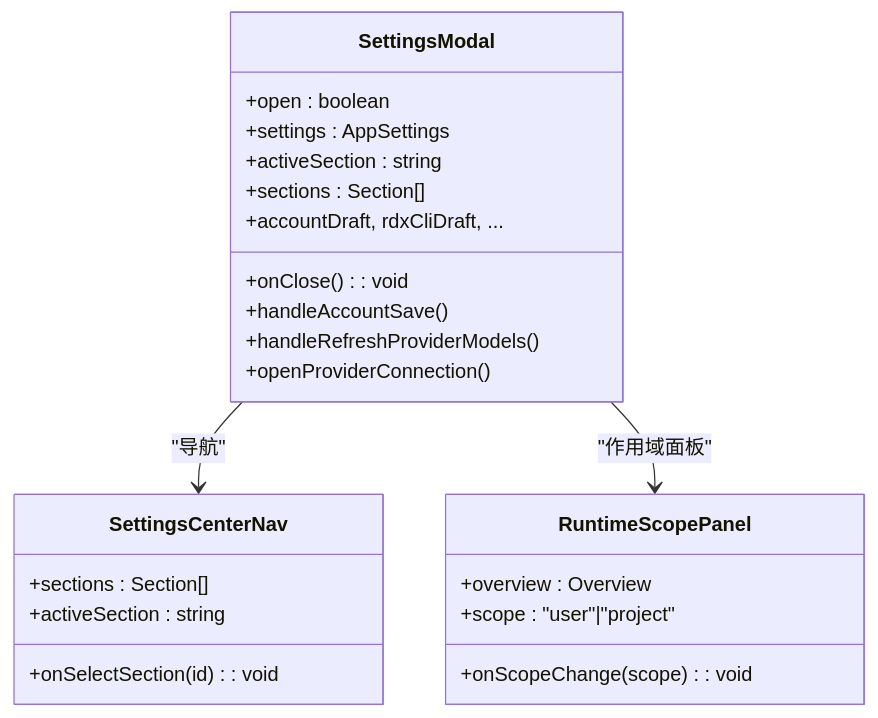
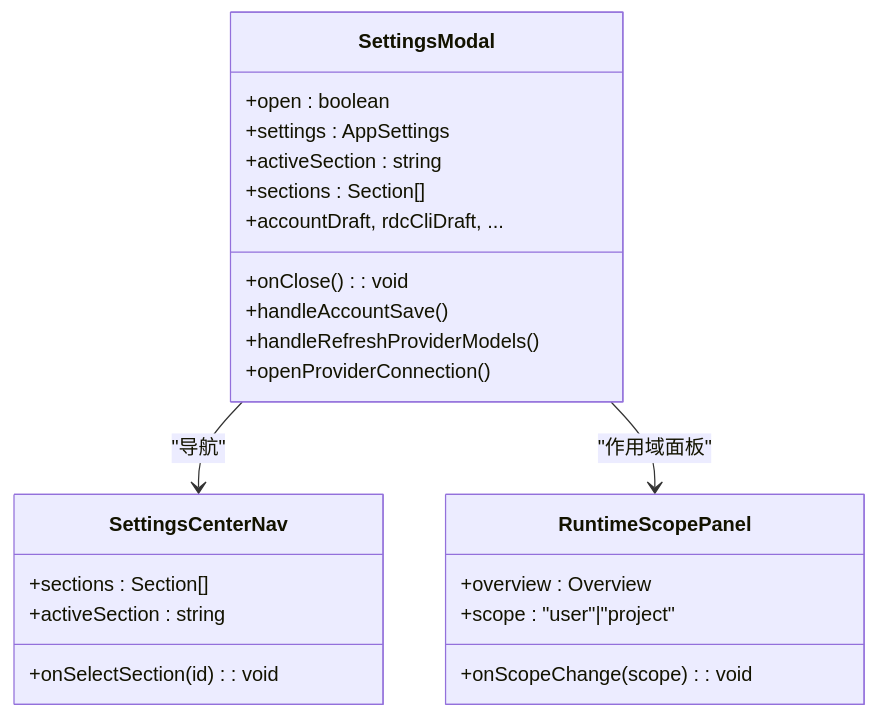
Before and after one commit to haolange/RDC-Agent: the fourth of 7 diagrams in .qoder/repowiki/zh/content/用户界面/用户界面.md, drawn with Mermaid. The commit also changed 557 other files, not shown here.

````diff
--- a/.qoder/repowiki/zh/content/用户界面/用户界面.md
+++ b/.qoder/repowiki/zh/content/用户界面/用户界面.md
@@ -192,26 +192,26 @@
 ```mermaid
 classDiagram
 class SettingsModal {
 +open : boolean
 +settings : AppSettings
 +onClose() : void
 +activeSection : string
 +sections : Section[]
-+accountDraft, rdxCliDraft, ...
++accountDraft, rdcCliDraft, ...
 +handleAccountSave()
 +handleRefreshProviderModels()
 +openProviderConnection()
 }
 class SettingsCenterNav {
 +sections : Section[]
 +activeSection : string
 +onSelectSection(id) : void
 }
 class RuntimeScopePanel {
 +overview : Overview
 +scope : "user"|"project"
 +onScopeChange(scope) : void
 }
 SettingsModal --> SettingsCenterNav : "导航"
 SettingsModal --> RuntimeScopePanel : "作用域面板"
 ```
````
